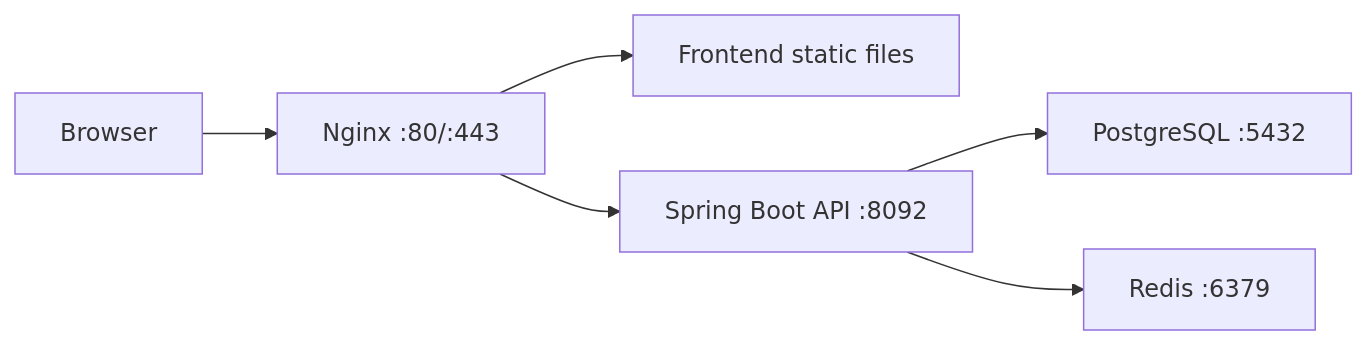
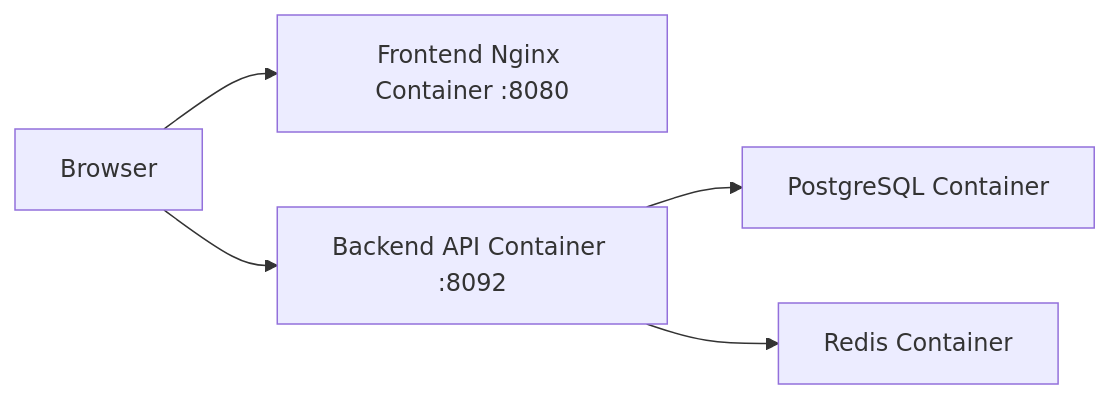
Before and after one commit to xiaosenho/ai-music: the diagram in docs/aliyun-simple-deployment.md, drawn with Mermaid. The commit also changed other lines of this file and 6 other files, not shown here.

````diff
--- a/docs/aliyun-simple-deployment.md
+++ b/docs/aliyun-simple-deployment.md
@@ -25,8 +17,7 @@
 ```mermaid
 flowchart LR
-    U["Browser"] --> N["Nginx :80/:443"]
-    N --> F["Frontend static files"]
-    N --> B["Spring Boot API :8092"]
-    B --> P["PostgreSQL :5432"]
-    B --> R["Redis :6379"]
+    U["Browser"] --> W["Frontend Nginx Container :8080"]
+    U --> A["Backend API Container :8092"]
+    A --> P["PostgreSQL Container"]
+    A --> R["Redis Container"]
 ```
````
